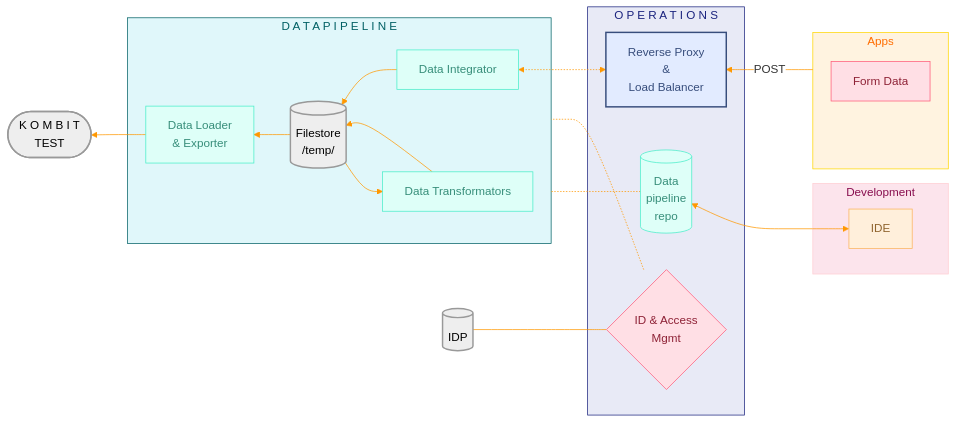
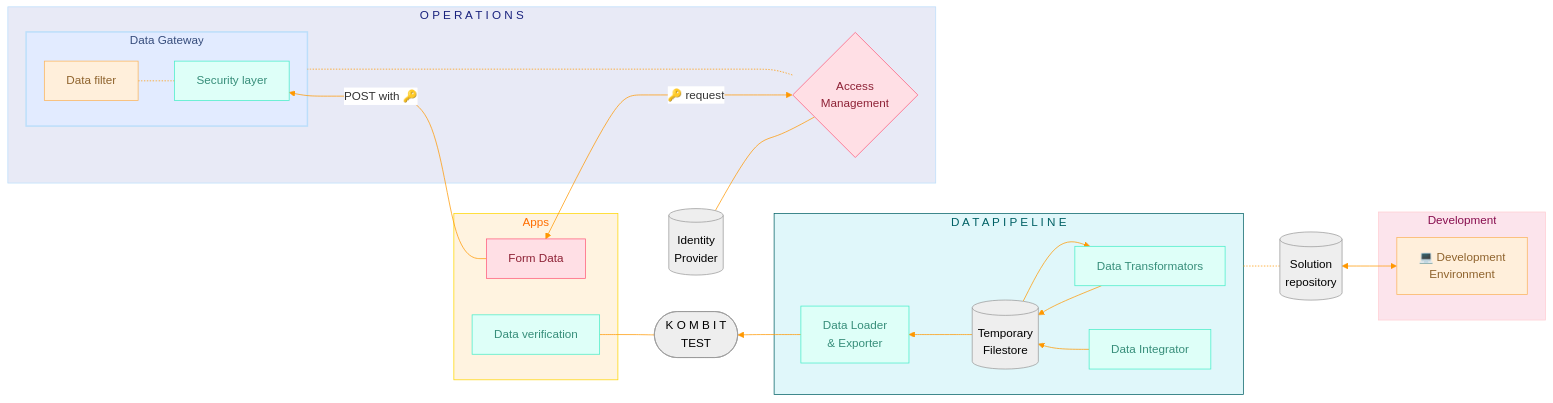
Before and after one commit to OS2sandbox/connector: the first of 2 diagrams in docs/PoC_architecture.md, drawn with Mermaid.

Commit message:
Clarification of component functions
Added a more technically correct authentication metod and expanded the Reverse Proxy with a "Data filter" that can save the data to temporary storage

````diff
--- a/docs/PoC_architecture.md
+++ b/docs/PoC_architecture.md
@@ -11,62 +11,75 @@
 ```mermaid
 ---
 config:
   theme: base
   themeVariables:
     primaryColor: '#FFFFFF'
     lineColor: '#FF9800'
 ---
 flowchart RL
  subgraph Datapipeline["D A T A  P I P E L I N E"]
         n12["Data Transformators"]
         n10["Data Integrator"]
         DL["Data Loader <br>&amp; Exporter"]
-        ST[("Filestore<br>/temp/")]
+        ST[("Temporary<br>Filestore")]
+  end
+ subgraph datagw["Data Gateway"]
+        nginx["Security layer<br>"]
+        lua["Data filter<br>"]
   end
  subgraph Services["O P E R A T I O N S"]
-        n15["Reverse Proxy <br>&amp;<br> Load Balancer"]
-        opsconf[("Data<br>pipeline<br>repo")]
-        id{"ID &amp; Access<br>Mgmt"}
+        datagw
+        id{"Access<br>Management"}
   end
  subgraph Apps["Apps"]
         s3["Form Data"]
+        t1["Data verification"]
   end
  subgraph Development["Development"]
-        ide["IDE"]
+        ide["💻 Development<br>Environment"]
   end
-    s3 ~~~ opsconf
-    n15 <-.-> n10
+    %%n15 --> ST
     n10 --> ST
     ST --> n12 & DL
     n12 --> ST
-    ide <--> opsconf
-    id -.- Datapipeline
+    ide <--> opsconf[("Solution<br>repository")]
+    id -.- datagw
     opsconf -.- Datapipeline
-    id --- IDP[("IDP")]
+    id --- IDP[("Identity<br>Provider")]
     DL --> n16(["K O M B I T <br> TEST"])
-    Apps -- POST --> n15
+    id <-- 🔑 request ---> s3
+    s3 -- POST with 🔑 ---> nginx
+    nginx -.- lua
+    n16 --- t1
      n12:::Aqua
      n10:::Sky,Aqua
      n10:::Aqua
      DL:::Aqua
      ST:::Ash
-     n15:::Sky
-     opsconf:::Aqua
+     nginx:::Sky
+     nginx:::Aqua
+     lua:::Peach
+     datagw:::Sky
      id:::Rose
      s3:::Ash
      s3:::Rose
+     t1:::Aqua
      ide:::Peach
+     opsconf:::Aqua
+     opsconf:::Peach
+     opsconf:::Ash
      IDP:::Ash
      n16:::Ash
     classDef default fill:#f9f9f9,stroke:#333,stroke-width:2px
     classDef Sky fill:#E2EBFF,stroke:#374D7C,color:#374D7C,stroke-width:2px
-    classDef Ash fill:#EEEEEE,stroke:#999999,color:#000000,stroke-width:2px
+    classDef Rose stroke-width:1px, stroke-dasharray:none, stroke:#FF5978, fill:#FFDFE5, color:#8E2236
+    classDef Yellow fill:#FFFACD,stroke:#FFD700,color:#000000,stroke-width:2px
+    classDef Peach stroke-width:1px, stroke-dasharray:none, stroke:#FBB35A, fill:#FFEFDB, color:#8F632D
+    classDef Ash stroke-width:1px, stroke-dasharray:none, stroke:#999999, fill:#EEEEEE, color:#000000
     classDef Aqua stroke-width:1px, stroke-dasharray:none, stroke:#46EDC8, fill:#DEFFF8, color:#378E7A
-    classDef Peach stroke-width:1px, stroke-dasharray:none, stroke:#FBB35A, fill:#FFEFDB, color:#8F632D
-    classDef Rose stroke-width:1px, stroke-dasharray:none, stroke:#FF5978, fill:#FFDFE5, color:#8E2236
+    style datagw stroke:#BBDEFB
     style Datapipeline fill:#e0f7fa,stroke:#006064,color:#006064
     style Apps fill:#fff3e0,stroke:#FFD600,color:#FF6D00
-    style Services fill:#e8eaf6,stroke:#1a237e,color:#1a237e
+    style Services fill:#e8eaf6,stroke:#BBDEFB,color:#1a237e
     style Development fill:#fce4ec,stroke:#FFCDD2,color:#880e4f
-
 ```
````
